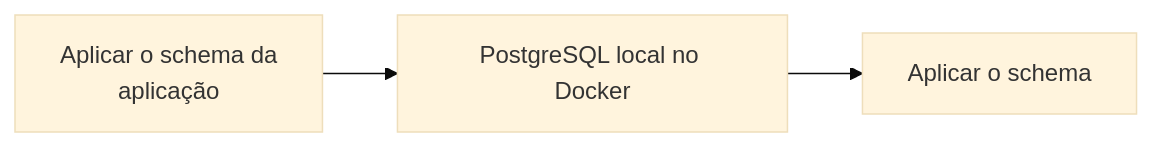
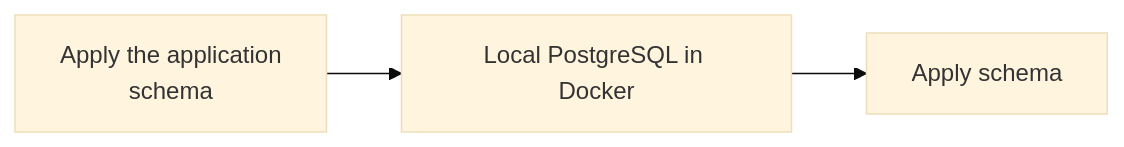
The first of 2 diagrams in docs/pt-BR/products/managed-postgres/local-development.mdx (coderabbit-demo/clickhouse-demo), drawn with Mermaid (base theme) before and after one commit. The commit also changed other lines of this file and 10230 other files, not shown here.

````diff
--- a/docs/pt-BR/products/managed-postgres/local-development.mdx
+++ b/docs/pt-BR/products/managed-postgres/local-development.mdx
@@ -29,4 +29,4 @@
 ```mermaid
 graph LR
-    A[Aplicar o schema da<br/>aplicação] --> B[PostgreSQL local no Docker] --> C[Aplicar o schema]
+    A[Apply the application<br/>schema] --> B[Local PostgreSQL in Docker] --> C[Apply schema]
 ```
````
